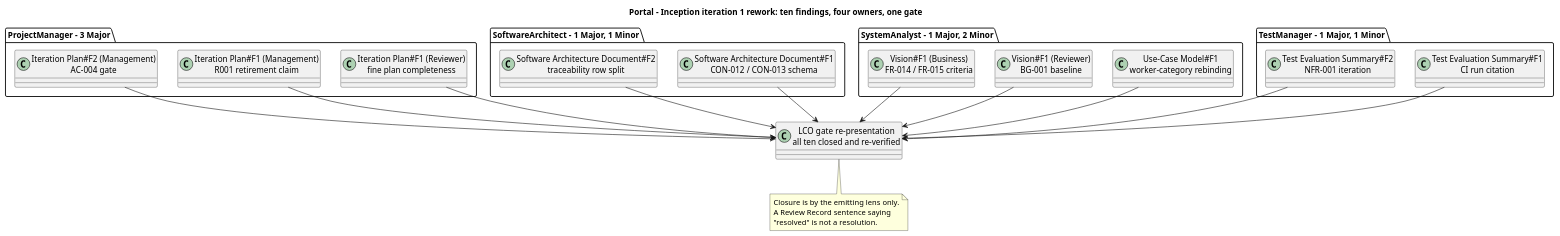
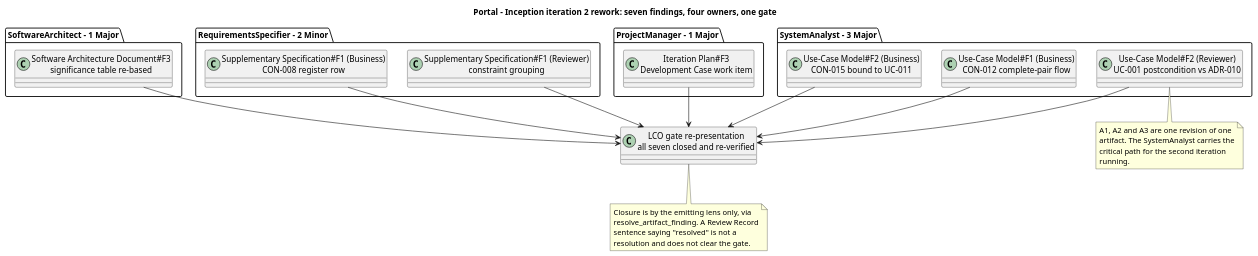
One commit to banense-test/portal changed the fifth of 5 diagrams in docs/artifacts/project-management/iteration-assessment.md. Above: the diagram before and after it, drawn with PlantUML. The commit also changed other lines of this file, not shown here.

First line of the commit message:
Project Manager [I2]: upsert Iteration Assessment

````diff
--- a/docs/artifacts/project-management/iteration-assessment.md
+++ b/docs/artifacts/project-management/iteration-assessment.md
@@ -323,46 +314,48 @@
 ```plantuml
 @startuml
-title Portal - Inception iteration 1 rework: ten findings, four owners, one gate
+title Portal - Inception iteration 2 rework: seven findings, four owners, one gate
 
-package "ProjectManager - 3 Major" {
-  class "Iteration Plan#F1 (Reviewer)\nfine plan completeness" as P1
-  class "Iteration Plan#F1 (Management)\nR001 retirement claim" as P2
-  class "Iteration Plan#F2 (Management)\nAC-004 gate" as P3
+package "SystemAnalyst - 3 Major" {
+  class "Use-Case Model#F2 (Reviewer)\nUC-001 postcondition vs ADR-010" as A1
+  class "Use-Case Model#F1 (Business)\nCON-012 complete-pair flow" as A2
+  class "Use-Case Model#F2 (Business)\nCON-015 bound to UC-011" as A3
 }
 
-package "SoftwareArchitect - 1 Major, 1 Minor" {
-  class "Software Architecture Document#F1\nCON-012 / CON-013 schema" as S1
-  class "Software Architecture Document#F2\ntraceability row split" as S2
+package "SoftwareArchitect - 1 Major" {
+  class "Software Architecture Document#F3\nsignificance table re-based" as S1
 }
 
-package "SystemAnalyst - 1 Major, 2 Minor" {
-  class "Use-Case Model#F1\nworker-category rebinding" as A1
-  class "Vision#F1 (Reviewer)\nBG-001 baseline" as A2
-  class "Vision#F1 (Business)\nFR-014 / FR-015 criteria" as A3
+package "RequirementsSpecifier - 2 Minor" {
+  class "Supplementary Specification#F1 (Reviewer)\nconstraint grouping" as R1
+  class "Supplementary Specification#F1 (Business)\nCON-008 register row" as R2
 }
 
-package "TestManager - 1 Major, 1 Minor" {
-  class "Test Evaluation Summary#F1\nCI run citation" as T1
-  class "Test Evaluation Summary#F2\nNFR-001 iteration" as T2
+package "ProjectManager - 1 Major" {
+  class "Iteration Plan#F3\nDevelopment Case work item" as P1
 }
 
-class "LCO gate re-presentation\nall ten closed and re-verified" as G
+class "LCO gate re-presentation\nall seven closed and re-verified" as G
 
-P1 --> G
-P2 --> G
-P3 --> G
-S1 --> G
-S2 --> G
 A1 --> G
 A2 --> G
 A3 --> G
-T1 --> G
-T2 --> G
+S1 --> G
+R1 --> G
+R2 --> G
+P1 --> G
 
 note bottom of G
-  Closure is by the emitting lens only.
-  A Review Record sentence saying
-  "resolved" is not a resolution.
+  Closure is by the emitting lens only, via
+  resolve_artifact_finding. A Review Record
+  sentence saying "resolved" is not a
+  resolution and does not clear the gate.
+end note
+
+note bottom of A1
+  A1, A2 and A3 are one revision of one
+  artifact. The SystemAnalyst carries the
+  critical path for the second iteration
+  running.
 end note
 @enduml
 ```
````
